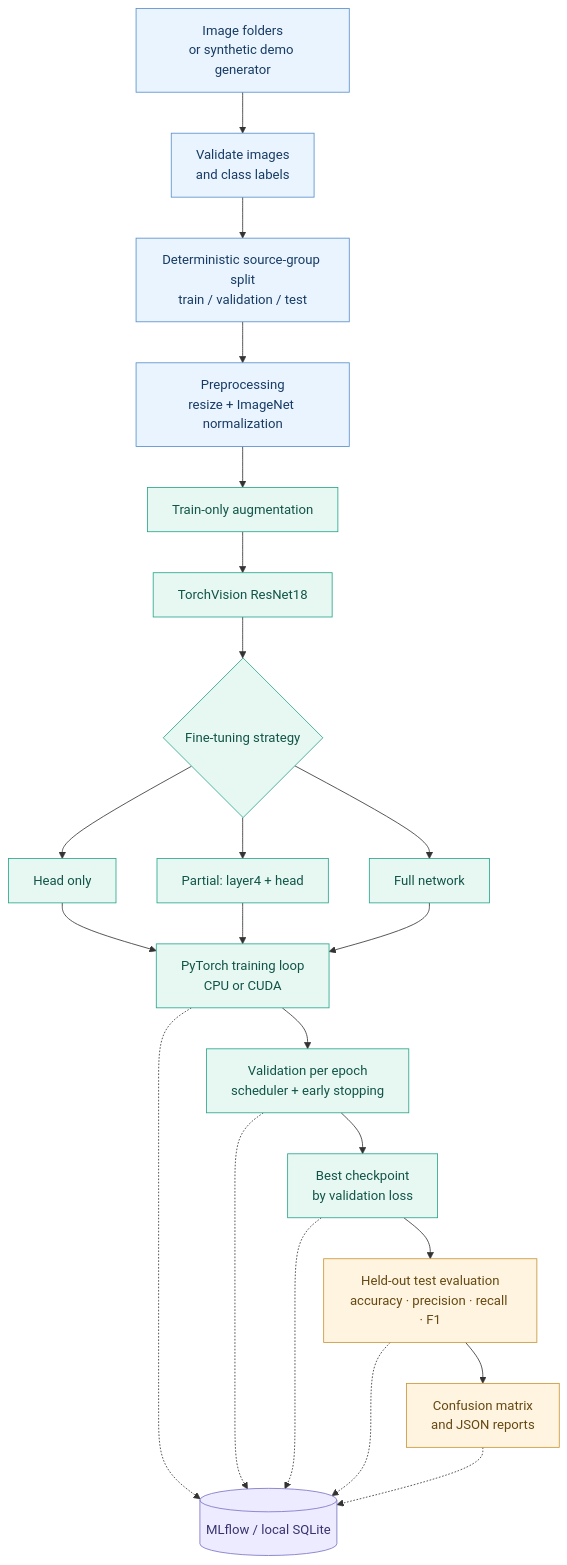
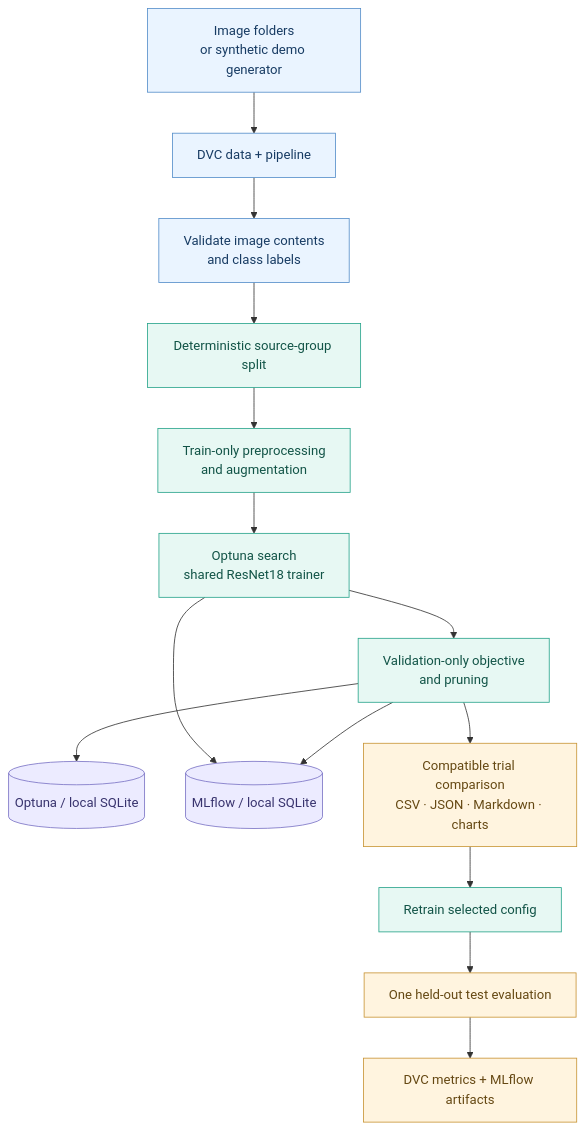
The diagram in README.md (wilsonsantaluz/Surveillance-AI-Training), drawn with Mermaid before and after one commit. The commit also changed other lines of this file and 36 other files, not shown here.

Commit message:
Add Phase 2 MLOps pipeline and tuning

````diff
--- a/README.md
+++ b/README.md
@@ -21,33 +21,25 @@
 ```mermaid
 flowchart TD
-    A["Image folders<br/>or synthetic demo generator"] --> B["Validate images<br/>and class labels"]
-    B --> C["Deterministic source-group split<br/>train / validation / test"]
-    C --> D["Preprocessing<br/>resize + ImageNet normalization"]
-    D --> E["Train-only augmentation"]
-    E --> F["TorchVision ResNet18"]
-    F --> G{"Fine-tuning strategy"}
-    G --> H["Head only"]
-    G --> I["Partial: layer4 + head"]
-    G --> J["Full network"]
-    H --> K["PyTorch training loop<br/>CPU or CUDA"]
-    I --> K
-    J --> K
-    K --> L["Validation per epoch<br/>scheduler + early stopping"]
-    L --> M["Best checkpoint<br/>by validation loss"]
-    M --> N["Held-out test evaluation<br/>accuracy · precision · recall · F1"]
-    N --> O["Confusion matrix<br/>and JSON reports"]
-    K -.-> P[("MLflow / local SQLite")]
-    L -.-> P
-    M -.-> P
-    N -.-> P
-    O -.-> P
+    A["Image folders<br/>or synthetic demo generator"] --> B["DVC data + pipeline"]
+    B --> C["Validate image contents<br/>and class labels"]
+    C --> D["Deterministic source-group split"]
+    D --> E["Train-only preprocessing<br/>and augmentation"]
+    E --> F["Optuna search<br/>shared ResNet18 trainer"]
+    F --> G["Validation-only objective<br/>and pruning"]
+    G --> H[("Optuna / local SQLite")]
+    F --> I[("MLflow / local SQLite")]
+    G --> I
+    G --> J["Compatible trial comparison<br/>CSV · JSON · Markdown · charts"]
+    J --> K["Retrain selected config"]
+    K --> L["One held-out test evaluation"]
+    L --> M["DVC metrics + MLflow artifacts"]
 
     classDef input fill:#eaf4ff,stroke:#568fca,color:#173b63
     classDef train fill:#e7f8f3,stroke:#28a48b,color:#125447
     classDef metric fill:#fff4df,stroke:#c89536,color:#654813
     classDef store fill:#ecebff,stroke:#7a72c4,color:#38336e
-    class A,B,C,D input
-    class E,F,G,H,I,J,K,L,M train
-    class N,O metric
-    class P store
+    class A,B,C input
+    class D,E,F,G,K train
+    class J,L,M metric
+    class H,I store
 ```
````
